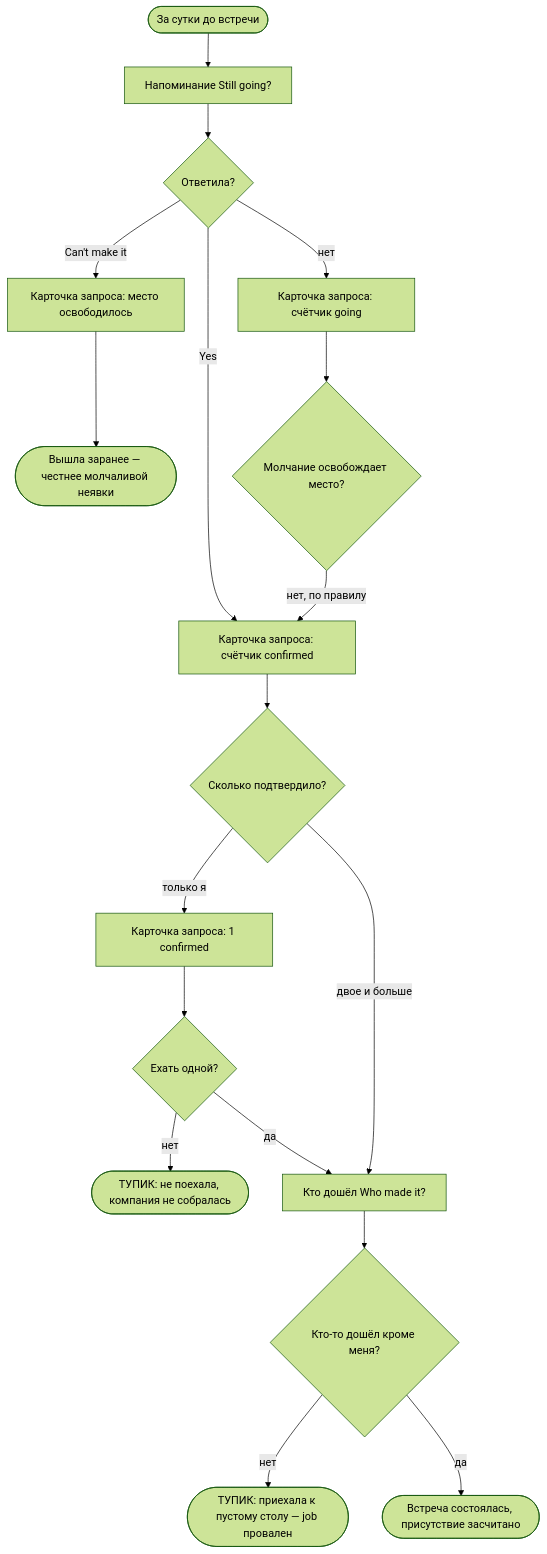
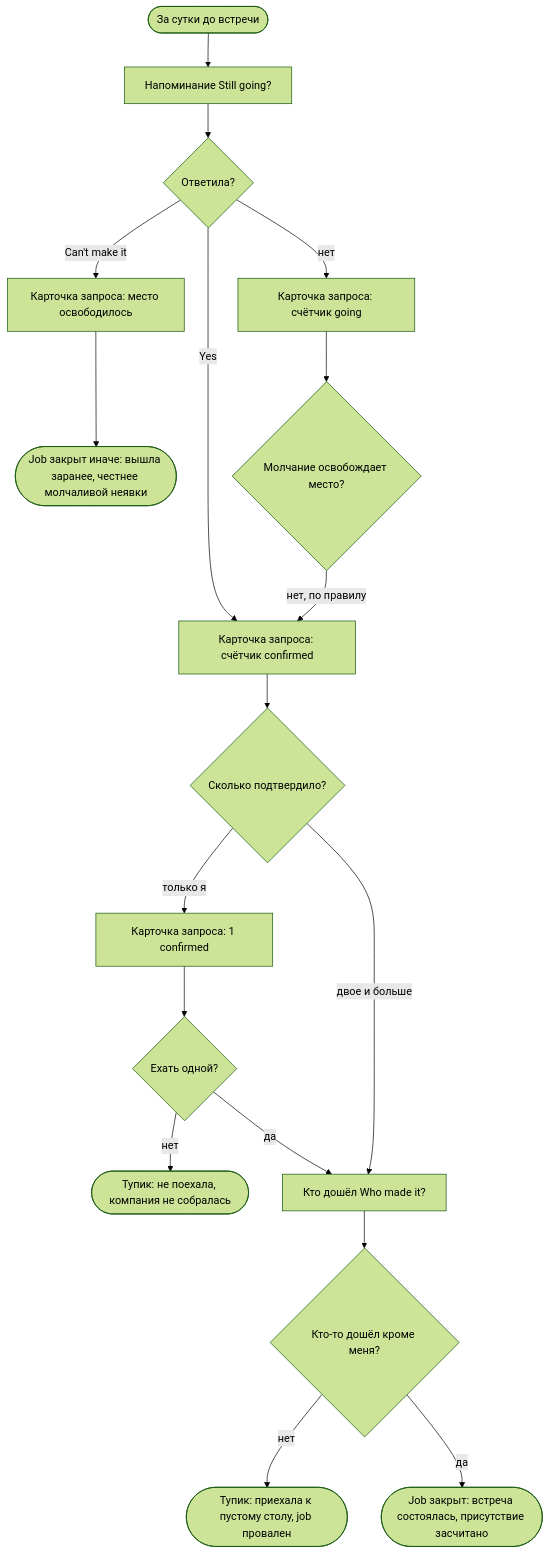
One commit to yulyaklim16-spec/meetmates changed the fifth of 5 diagrams in flows.md. Above: the diagram before and after it, drawn with Mermaid (forest theme). The commit also changed other lines of this file, not shown here.

First line of the commit message:
Put every flow into one markup convention

````diff
--- a/flows.md
+++ b/flows.md
@@ -345,24 +355,24 @@
 ```mermaid
 flowchart TD
-    A(["За сутки до встречи"]) --> B["Напоминание Still going?"]
-    B --> C{"Ответила?"}
+    Start([За сутки до встречи]) --> Remind[Напоминание Still going?]
+    Remind --> Answered{Ответила?}
 
-    C -->|нет| D["Карточка запроса: счётчик going"]
-    C -->|Can't make it| E["Карточка запроса: место освободилось"]
-    E --> F(["Вышла заранее — честнее молчаливой неявки"])
-    C -->|Yes| G["Карточка запроса: счётчик confirmed"]
+    Answered -->|нет| Silent["Карточка запроса: счётчик going"]
+    Answered -->|Can't make it| Freed["Карточка запроса: место освободилось"]
+    Freed --> WinHonest(["Job закрыт иначе: вышла заранее, честнее молчаливой неявки"])
+    Answered -->|Yes| Confirmed["Карточка запроса: счётчик confirmed"]
 
-    D --> H{"Молчание освобождает место?"}
-    H -->|нет, по правилу| G
+    Silent --> SilenceFrees{Молчание освобождает место?}
+    SilenceFrees -->|нет, по правилу| Confirmed
 
-    G --> I{"Сколько подтвердило?"}
-    I -->|только я| J["Карточка запроса: 1 confirmed"]
-    J --> K{"Ехать одной?"}
-    K -->|нет| L(["ТУПИК: не поехала, компания не собралась"])
-    K -->|да| M["Кто дошёл Who made it?"]
-    I -->|двое и больше| M
+    Confirmed --> HowMany{Сколько подтвердило?}
+    HowMany -->|только я| Alone["Карточка запроса: 1 confirmed"]
+    Alone --> GoAlone{Ехать одной?}
+    GoAlone -->|нет| StuckNotGone(["Тупик: не поехала, компания не собралась"])
+    GoAlone -->|да| WhoMade
+    HowMany -->|двое и больше| WhoMade[Кто дошёл Who made it?]
 
-    M --> N{"Кто-то дошёл кроме меня?"}
-    N -->|нет| O(["ТУПИК: приехала к пустому столу — job провален"])
-    N -->|да| P(["Встреча состоялась, присутствие засчитано"])
+    WhoMade --> AnyoneElse{Кто-то дошёл кроме меня?}
+    AnyoneElse -->|нет| StuckEmptyTable(["Тупик: приехала к пустому столу, job провален"])
+    AnyoneElse -->|да| Win(["Job закрыт: встреча состоялась, присутствие засчитано"])
 ```
````
